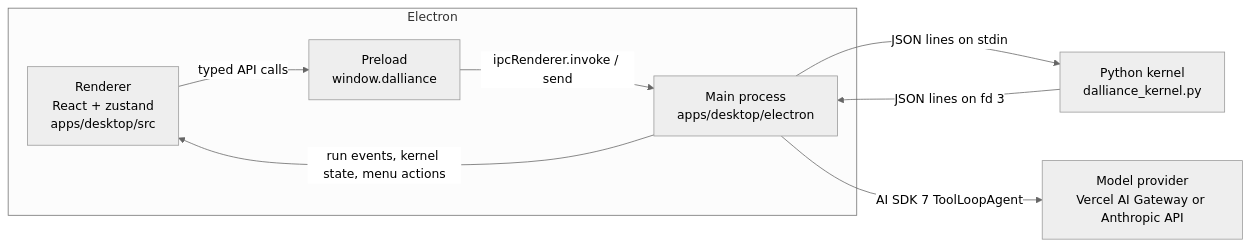
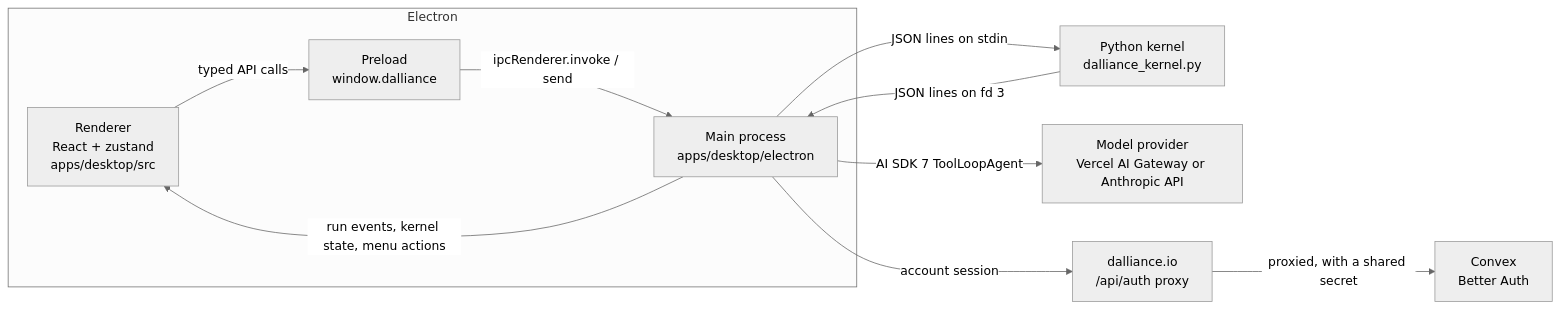
The first of 2 diagrams in docs/architecture.md (amirhesham65/dalliance), drawn with Mermaid (neutral theme) before and after one commit. The commit also changed other lines of this file and 64 other files, not shown here.

````diff
--- a/docs/architecture.md
+++ b/docs/architecture.md
@@ -5,17 +5,21 @@
 ```mermaid
 flowchart LR
   subgraph Electron
     R["Renderer<br/>React + zustand<br/>apps/desktop/src"]
     P["Preload<br/>window.dalliance"]
     M["Main process<br/>apps/desktop/electron"]
   end
   K["Python kernel<br/>dalliance_kernel.py"]
   AI["Model provider<br/>Vercel AI Gateway or Anthropic API"]
+  W["dalliance.io<br/>/api/auth proxy"]
+  C["Convex<br/>Better Auth"]
 
   R -- "typed API calls" --> P
   P -- "ipcRenderer.invoke / send" --> M
   M -- "run events, kernel state, menu actions" --> R
   M -- "JSON lines on stdin" --> K
   K -- "JSON lines on fd 3" --> M
   M -- "AI SDK 7 ToolLoopAgent" --> AI
+  M -- "account session" --> W
+  W -- "proxied, with a shared secret" --> C
 ```
````
